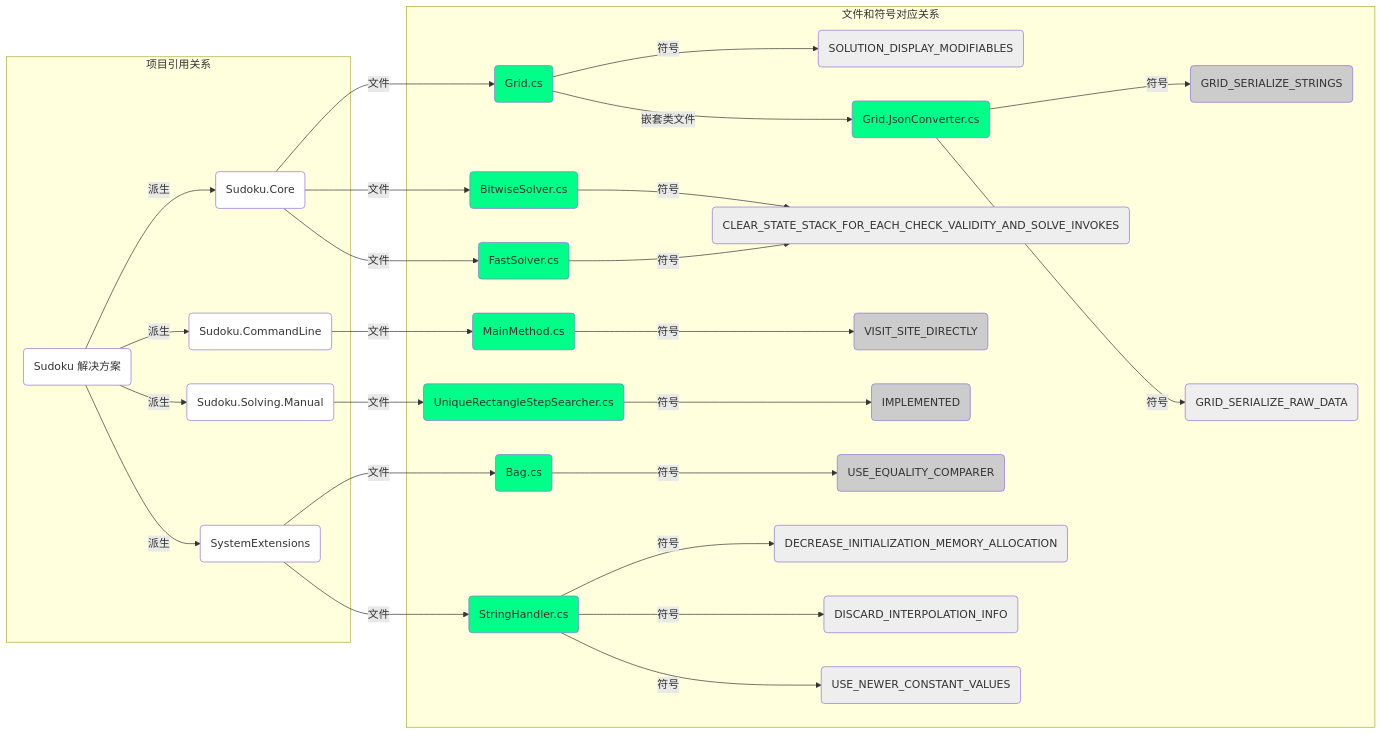
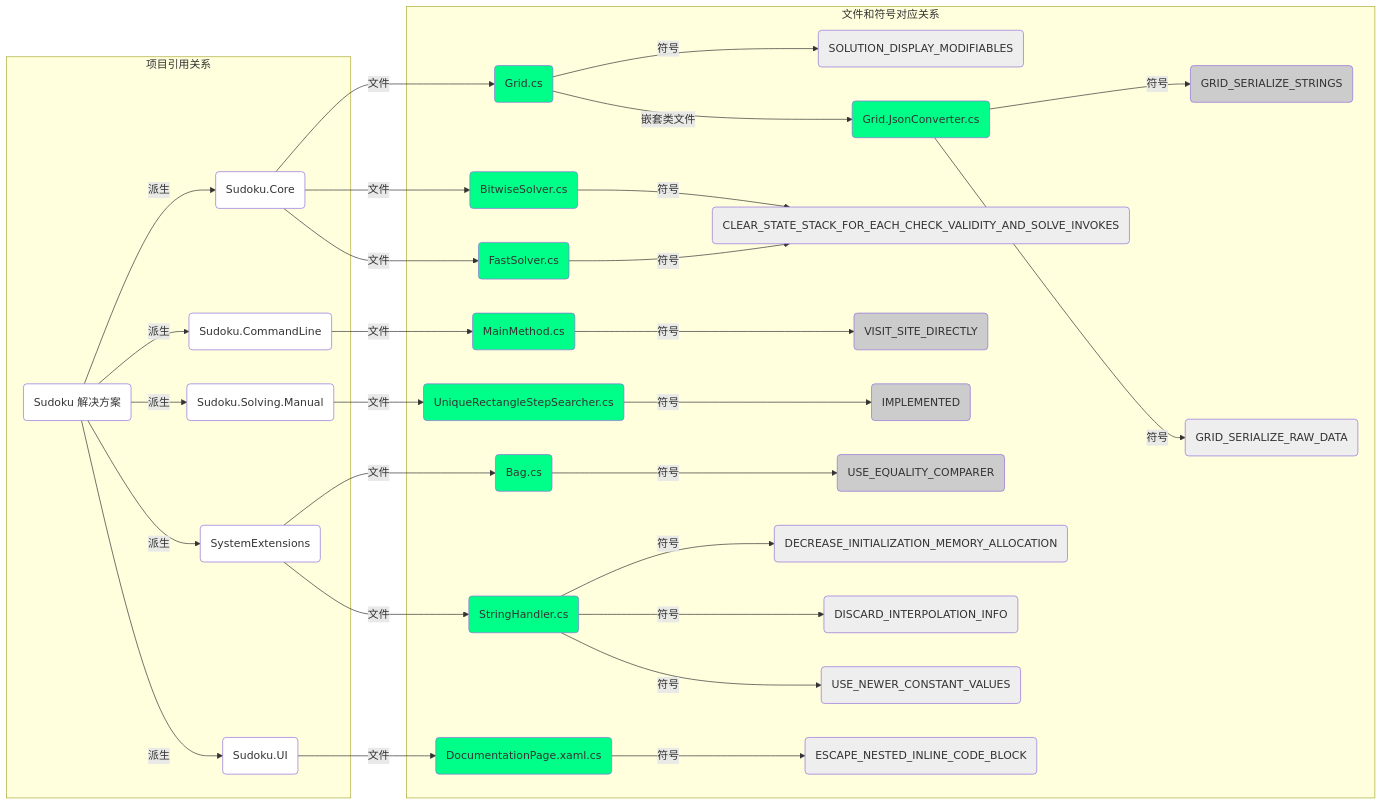
Before and after one commit to KyouyamaKazusa0805/Sudoku: the diagram in docs/compilation-symbols.md, drawn with Mermaid. The commit also changed other lines of this file and 7 other files, not shown here.

````diff
--- a/docs/compilation-symbols.md
+++ b/docs/compilation-symbols.md
@@ -22,68 +23,76 @@
 ```mermaid
 graph LR
     subgraph 项目引用关系
         Z(Sudoku 解决方案) -->|派生| P1(Sudoku.Core)
         Z -->|派生| P3(Sudoku.CommandLine)
         Z -->|派生| P4(Sudoku.Solving.Manual)
         Z -->|派生| P2(SystemExtensions)
+        Z -->|派生| P5(Sudoku.UI)
         style Z fill:#FFF
         click Z "https://github.com/SunnieShine/Sudoku" _blank
         click P1 "https://github.com/SunnieShine/Sudoku/tree/main/src/Sudoku.Core" _blank
         click P2 "https://github.com/SunnieShine/Sudoku/tree/main/src/System" _blank
         click P3 "https://github.com/SunnieShine/Sudoku/tree/main/src/Sudoku.CommandLine" _blank
         click P4 "https://github.com/SunnieShine/Sudoku/tree/main/src/Sudoku.Solving.Manual" _blank
+        click P5 "https://github.com/SunnieShine/Sudoku/tree/main/src/Sudoku.UI" _blank
     end
 
     subgraph 文件和符号对应关系
         P1 -->|文件| A(Grid.cs)
         P1 -->|文件| D(BitwiseSolver.cs)
         P1 -->|文件| E(FastSolver.cs)
         P2 -->|文件| C(Bag.cs)
         P2 -->|文件| G(StringHandler.cs)
         P3 -->|文件| F(MainMethod.cs)
         P4 -->|文件| H(UniqueRectangleStepSearcher.cs)
+        P5 -->|文件| I(DocumentationPage.xaml.cs)
         style P1 fill:#FFF
         style P2 fill:#FFF
         style P3 fill:#FFF
         style P4 fill:#FFF
+        style P5 fill:#FFF
         style A fill:#0F8
         style B fill:#0F8
         style C fill:#0F8
         style D fill:#0F8
         style E fill:#0F8
         style F fill:#0F8
         style G fill:#0F8
         style H fill:#0F8
+        style I fill:#0F8
         click A "https://github.com/SunnieShine/Sudoku/blob/main/src/Sudoku.Core/Collections/Grid.cs" _blank
         click C "https://github.com/SunnieShine/Sudoku/blob/main/src/System/Collections/Generic/Bag.cs" _blank
         click D "https://github.com/SunnieShine/Sudoku/blob/main/src/Sudoku.Core/Solving/BitwiseSolver.cs" _blank
         click E "https://github.com/SunnieShine/Sudoku/blob/main/src/Sudoku.Solving/Solving/BruteForces/FastSolver.cs" _blank
         click F "https://github.com/SunnieShine/Sudoku/tree/main/src/Sudoku.CommandLine/MainMethod.cs" _blank
         click G "https://github.com/SunnieShine/Sudoku/blob/main/src/System/Text/StringHandler.cs" _blank
         click H "https://github.com/SunnieShine/Sudoku/blob/main/src/Sudoku.Solving/Solving/Manual/Searchers/DeadlyPatterns/Rectangles/UniqueRectangleStepSearcher.cs" _blank
+        click I "https://github.com/SunnieShine/Sudoku/blob/main/src/Sudoku.UI/Views/Pages/DocumentationPage.xaml"
 
         A -->|符号| S2(SOLUTION_DISPLAY_MODIFIABLES)
         A -->|嵌套类文件| B(Grid.JsonConverter.cs)
         B -->|符号| S3(GRID_SERIALIZE_STRINGS)
         B -->|符号| S4(GRID_SERIALIZE_RAW_DATA)
         C -->|符号| S5(USE_EQUALITY_COMPARER)
         D -->|符号| S6(CLEAR_STATE_STACK_FOR_EACH_CHECK_VALIDITY_AND_SOLVE_INVOKES)
         E -->|符号| S6
         F -->|符号| S7(VISIT_SITE_DIRECTLY)
         G -->|符号| S8(DECREASE_INITIALIZATION_MEMORY_ALLOCATION)
         G -->|符号| S9(DISCARD_INTERPOLATION_INFO)
         G -->|符号| S10(USE_NEWER_CONSTANT_VALUES)
         H -->|符号| S11(IMPLEMENTED)
+        I -->|符号| S12(ESCAPE_NESTED_INLINE_CODE_BLOCK)
         style S2 fill:#EEE
         style S3 fill:#CCC
         style S4 fill:#EEE
         style S5 fill:#CCC
         style S6 fill:#EEE
         style S7 fill:#CCC
         style S8 fill:#EEE
         style S9 fill:#EEE
         style S10 fill:#EEE
         style S11 fill:#CCC
+        style S12 fill:#EEE
         click B "https://github.com/SunnieShine/Sudoku/blob/main/src/Sudoku.Core/Collections/Grid.JsonConverter.cs" _blank
     end
 ```
````
